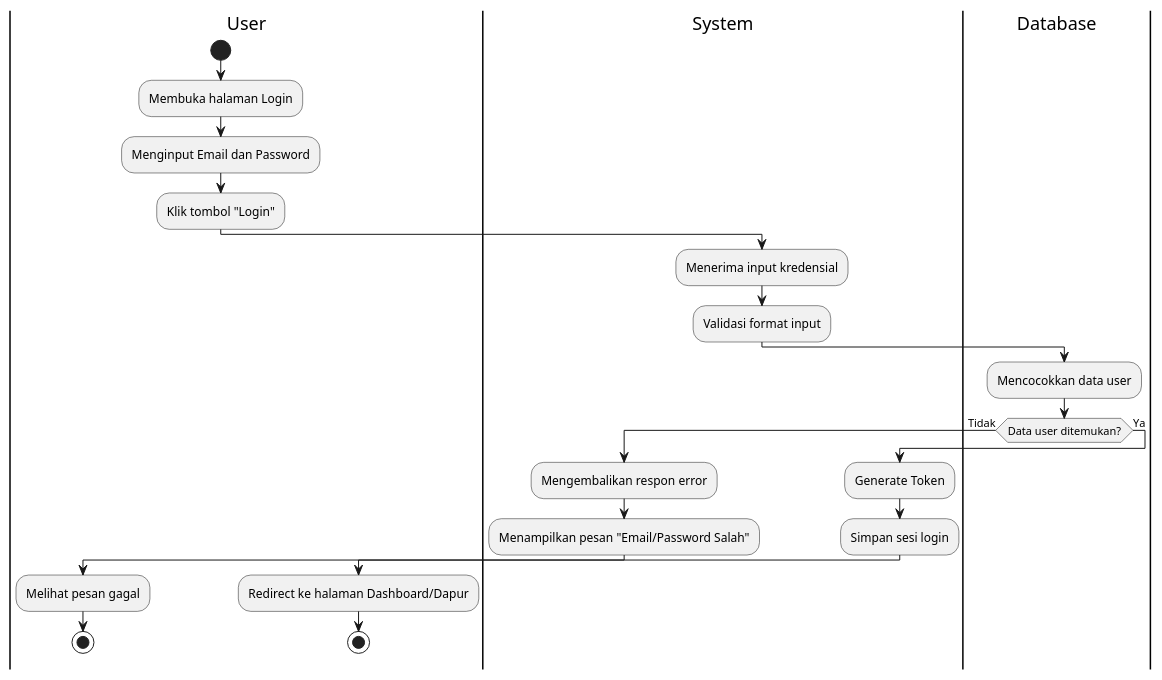
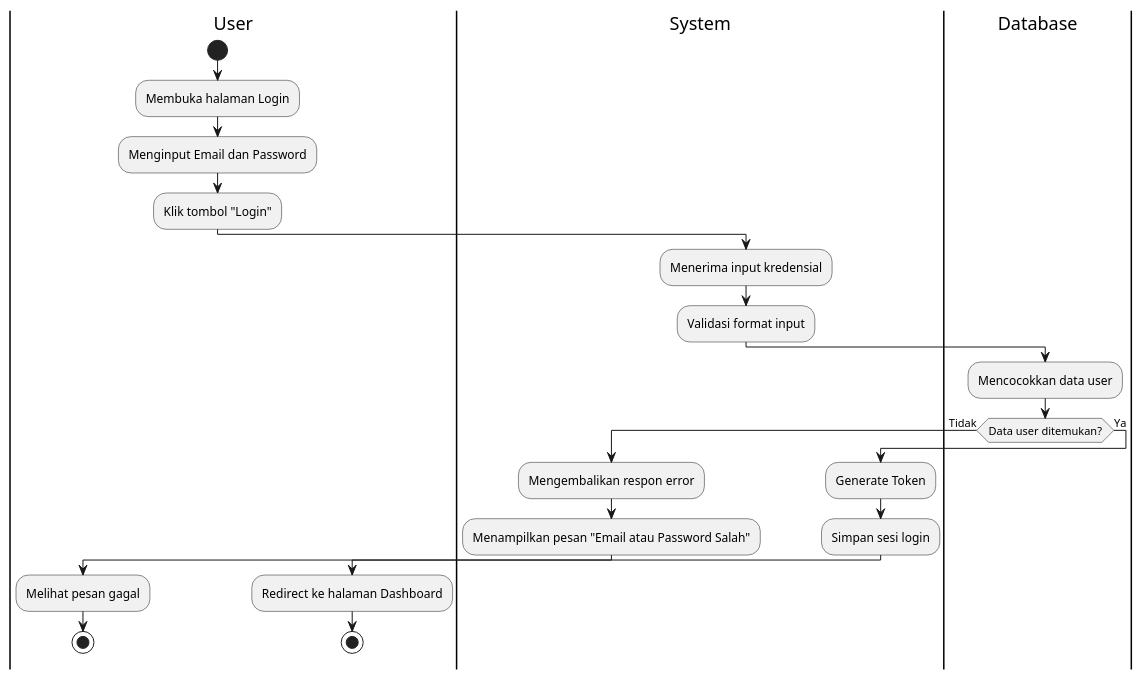
The diagram in DiagramUML/Activity Diagram/login.puml (anandajuliar/projectpwf), drawn with PlantUML before and after one commit. The commit also changed 4 other files, not shown here.

Commit message:
update act diagram

```diff
--- a/DiagramUML/Activity Diagram/login.puml
+++ b/DiagramUML/Activity Diagram/login.puml
@@ -1,30 +1,30 @@
 @startuml
 |User|
 start
 :Membuka halaman Login;
 :Menginput Email dan Password;
 :Klik tombol "Login";
 
 |System|
 :Menerima input kredensial;
 :Validasi format input;
 
 |Database|
 :Mencocokkan data user;
 
 if (Data user ditemukan?) then (Tidak)
     |System|
     :Mengembalikan respon error;
-    :Menampilkan pesan "Email/Password Salah";
+    :Menampilkan pesan "Email atau Password Salah";
     |User|
     :Melihat pesan gagal;
     stop
 else (Ya)
     |System|
     :Generate Token;
     :Simpan sesi login;
     |User|
-    :Redirect ke halaman Dashboard/Dapur;
+    :Redirect ke halaman Dashboard;
     stop
 endif
 @enduml
```
